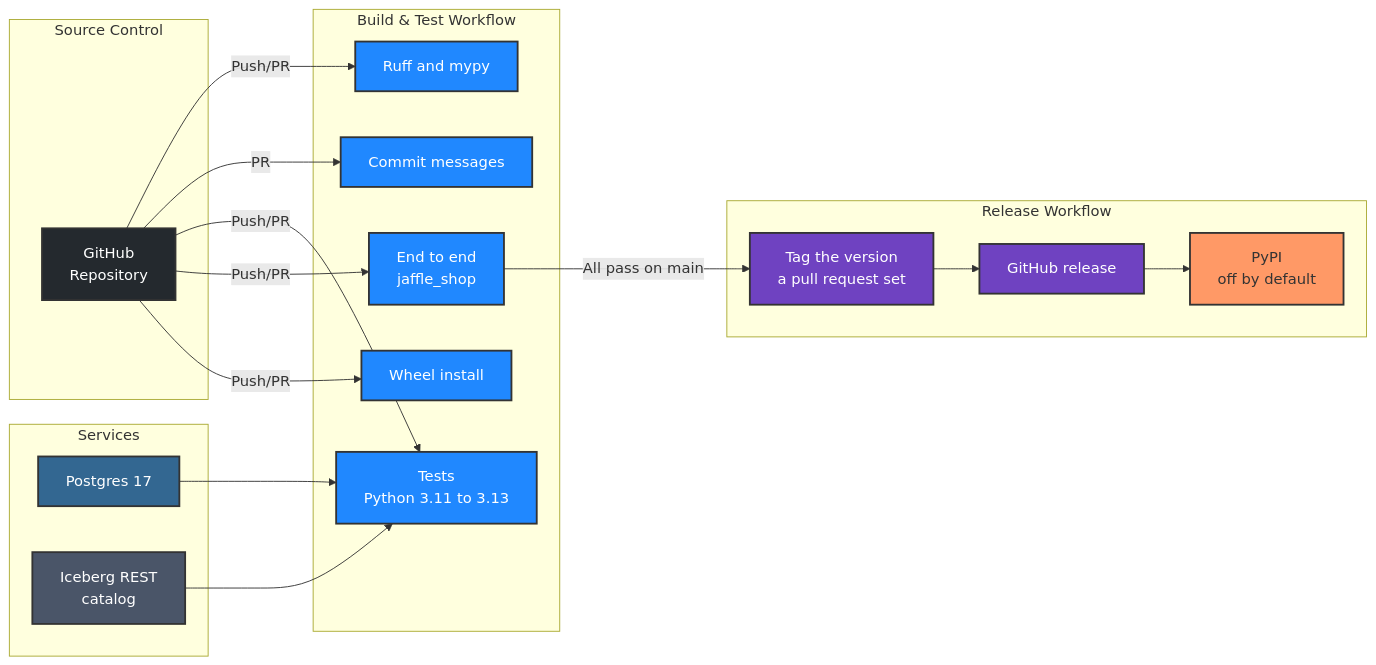
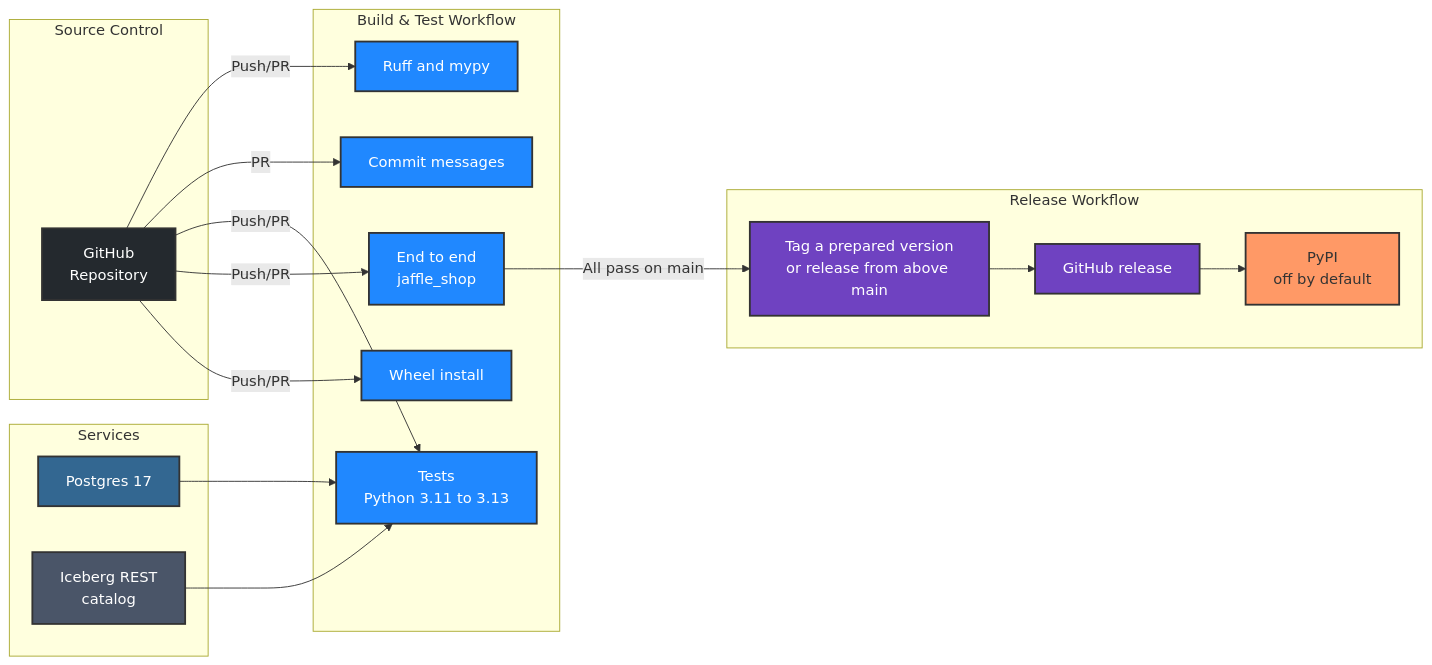
Before and after one commit to actions-marketplace-validations/kodexlabsio_konstruct: the diagram in docs/development.md, drawn with Mermaid. The commit also changed 5 other files, not shown here.

First line of the commit message:
ci(release): Never release below the latest version, and keep history from tags

````diff
--- a/docs/development.md
+++ b/docs/development.md
@@ -108,48 +108,48 @@
 ```mermaid
 graph LR
     subgraph "Source Control"
         GitHub[GitHub<br/>Repository]
     end
 
     subgraph "Build & Test Workflow"
         Lint[Ruff and mypy]
         Commits[Commit messages]
         Tests[Tests<br/>Python 3.11 to 3.13]
         E2E[End to end<br/>jaffle_shop]
         Package[Wheel install]
     end
 
     subgraph "Services"
         Postgres[Postgres 17]
         Iceberg[Iceberg REST<br/>catalog]
     end
 
     subgraph "Release Workflow"
-        Bump[Tag the version<br/>a pull request set]
+        Bump[Tag a prepared version<br/>or release from above main]
         Release[GitHub release]
         PyPI[PyPI<br/>off by default]
     end
 
     GitHub -->|Push/PR| Lint
     GitHub -->|PR| Commits
     GitHub -->|Push/PR| Tests
     GitHub -->|Push/PR| E2E
     GitHub -->|Push/PR| Package
     Postgres --> Tests
     Iceberg --> Tests
     E2E -->|All pass on main| Bump
     Bump --> Release
     Release --> PyPI
 
     style GitHub fill:#24292e,stroke:#333,stroke-width:2px,color:#fff
     style Lint fill:#2088ff,stroke:#333,stroke-width:2px,color:#fff
     style Commits fill:#2088ff,stroke:#333,stroke-width:2px,color:#fff
     style Tests fill:#2088ff,stroke:#333,stroke-width:2px,color:#fff
     style E2E fill:#2088ff,stroke:#333,stroke-width:2px,color:#fff
     style Package fill:#2088ff,stroke:#333,stroke-width:2px,color:#fff
     style Postgres fill:#336791,stroke:#333,stroke-width:2px,color:#fff
     style Iceberg fill:#4a5568,stroke:#333,stroke-width:2px,color:#fff
     style Bump fill:#6f42c1,stroke:#333,stroke-width:2px,color:#fff
     style Release fill:#6f42c1,stroke:#333,stroke-width:2px,color:#fff
     style PyPI fill:#f96,stroke:#333,stroke-width:2px
 ```
````
